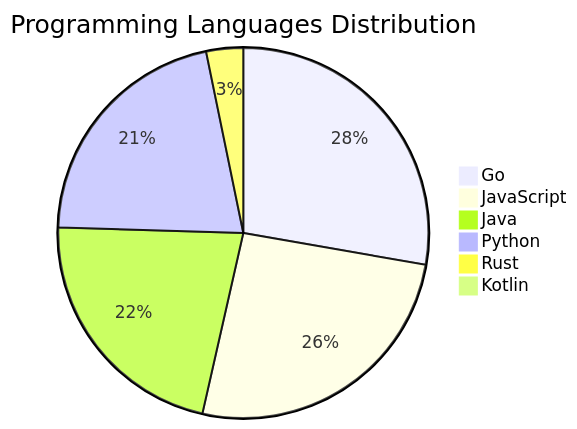
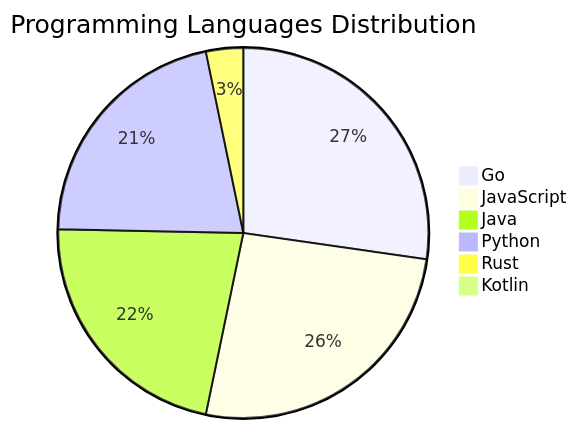
One commit to Derrick-MUGISHA/github-activity-bot changed the diagram in README.md. Above: the diagram before and after it, drawn with Mermaid. The commit also changed other lines of this file and 4 other files, not shown here.

````diff
--- a/README.md
+++ b/README.md
@@ -206,9 +206,9 @@
 ```mermaid
 pie title Programming Languages Distribution
-    "Go" : 43
+    "Go" : 42
     "JavaScript" : 40
     "Java" : 34
     "Python" : 33
     "Rust" : 5
     "Kotlin" : 1
 ```
````
